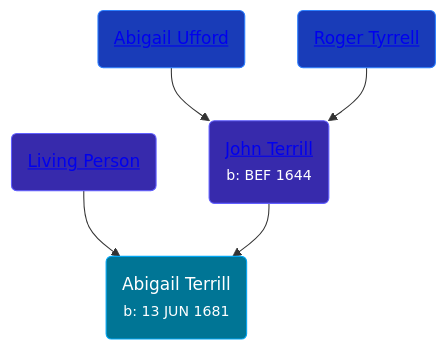
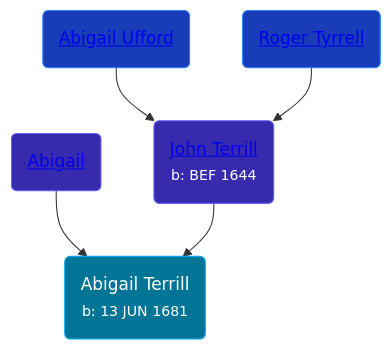
The diagram in pages/people/9/95305216.md (wpmgotkh/wpmgotkh.github.io), drawn with Mermaid before and after one commit. The commit also changed other lines of this file and 586 other files, not shown here.

Commit message:
feat: better shouldConsiderPersonLiving algo

````diff
--- a/pages/people/9/95305216.md
+++ b/pages/people/9/95305216.md
@@ -10,11 +10,11 @@
 ```mermaid
 graph
 classDef grands fill:#193cb8,stroke:#2b7fff,stroke-width:1px,color:#fff;
 classDef parents fill:#372aac,stroke:#615fff,stroke-width:1px,color:#fff;
 classDef primary fill:#007595,stroke:#00a6f4,stroke-width:1px,color:#fff;
 95305216(Abigail Terrill<br /><small>b: 13 JUN 1681</small>):::primary
-48582652(<a class="text-white" href="/people/4/48582652">Living Person</a>):::parents-->95305216
+48582652(<a class="text-white" href="/people/4/48582652">Abigail </a>):::parents-->95305216
 65221157(<a class="text-white" href="/people/6/65221157">John Terrill</a><br /><small>b: BEF 1644</small>):::parents-->95305216
 99473444(<a class="text-white" href="/people/9/99473444">Abigail Ufford</a>):::grands-->65221157
 2108514(<a class="text-white" href="/people/2/2108514">Roger Tyrrell</a>):::grands-->65221157
 ```
````
